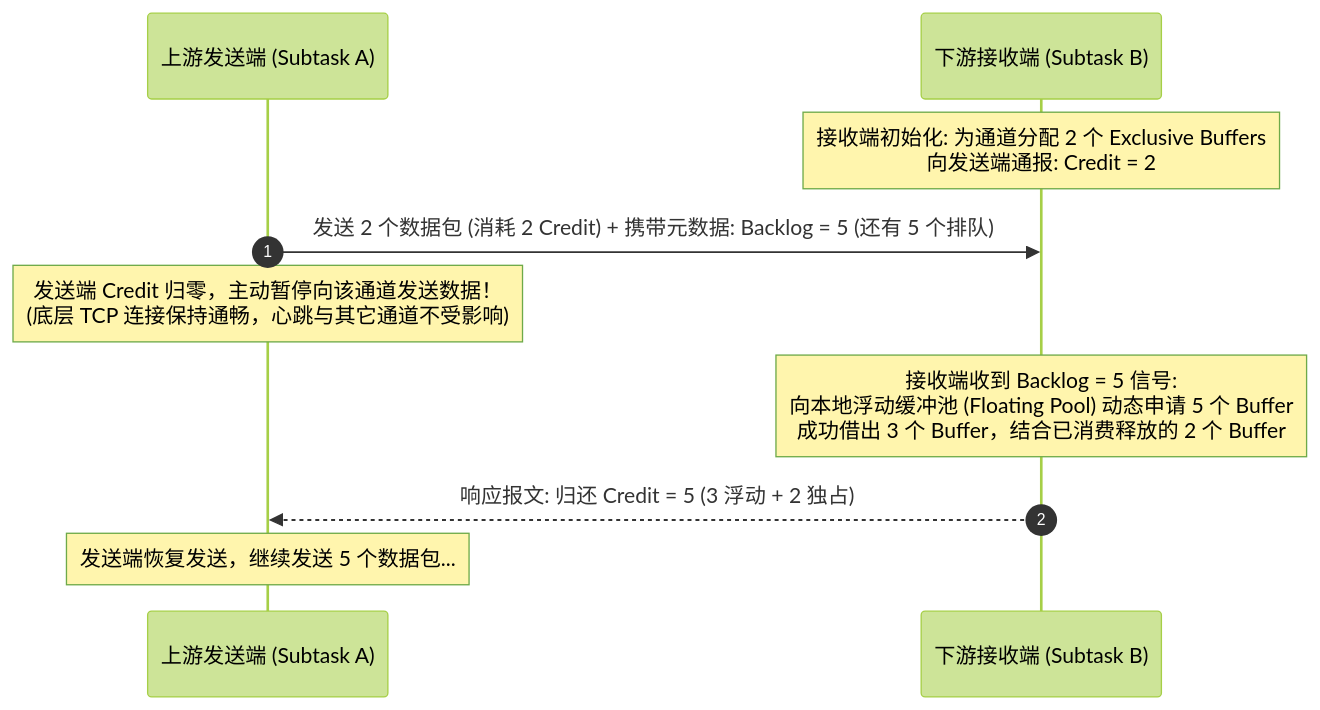
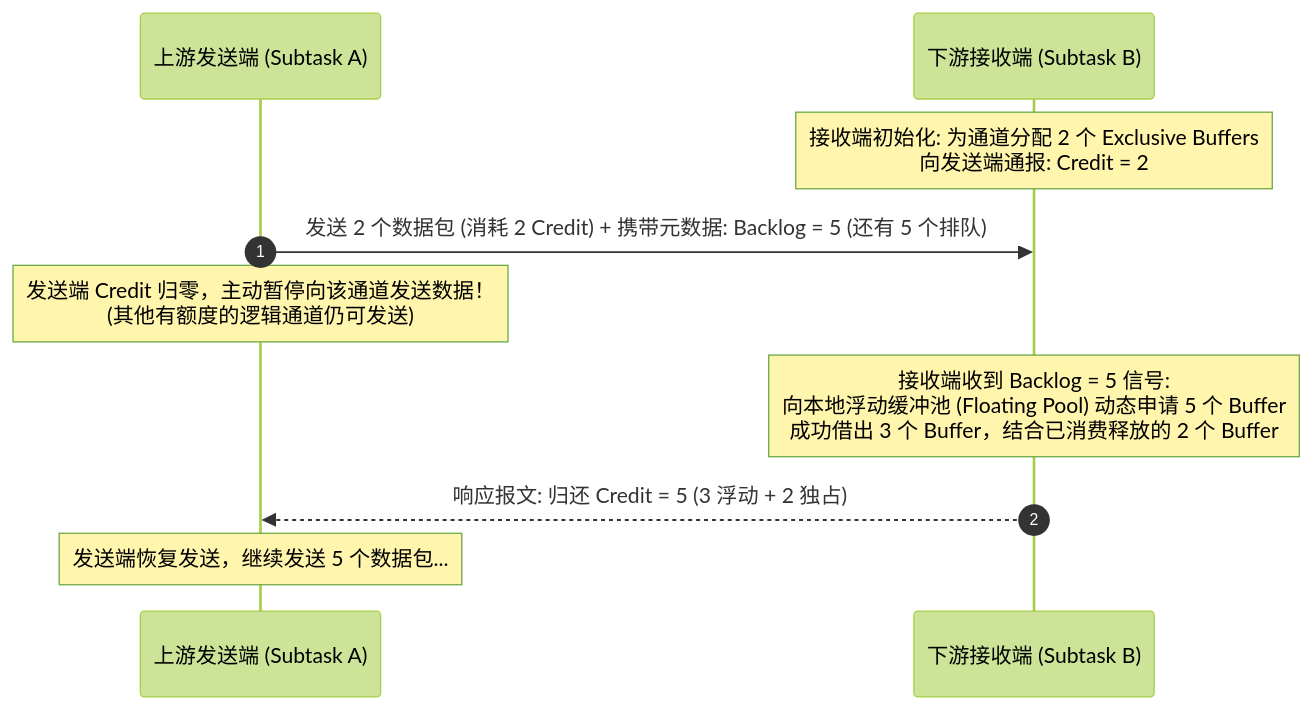
The second of 8 diagrams in 01-bigdata/01-flink/03-flink-backpressure-watermark.md (tieke1121/tech-interview-knowledge-base), drawn with Mermaid (forest theme) before and after one commit. The commit also changed other lines of this file and 22 other files, not shown here.

````diff
--- a/01-bigdata/01-flink/03-flink-backpressure-watermark.md
+++ b/01-bigdata/01-flink/03-flink-backpressure-watermark.md
@@ -93,16 +93,16 @@
 ```mermaid
 sequenceDiagram
     autonumber
     participant Send as 上游发送端 (Subtask A)
     participant Recv as 下游接收端 (Subtask B)
 
     Note over Recv: 接收端初始化: 为通道分配 2 个 Exclusive Buffers<br/>向发送端通报: Credit = 2
     
     Send->>Recv: 发送 2 个数据包 (消耗 2 Credit) + 携带元数据: Backlog = 5 (还有 5 个排队)
-    Note over Send: 发送端 Credit 归零，主动暂停向该通道发送数据！<br/>(底层 TCP 连接保持通畅，心跳与其它通道不受影响)
+    Note over Send: 发送端 Credit 归零，主动暂停向该通道发送数据！<br/>(其他有额度的逻辑通道仍可发送)
 
     Note over Recv: 接收端收到 Backlog = 5 信号:<br/>向本地浮动缓冲池 (Floating Pool) 动态申请 5 个 Buffer<br/>成功借出 3 个 Buffer，结合已消费释放的 2 个 Buffer
     Recv-->>Send: 响应报文: 归还 Credit = 5 (3 浮动 + 2 独占)
 
     Note over Send: 发送端恢复发送，继续发送 5 个数据包...
 ```
````
